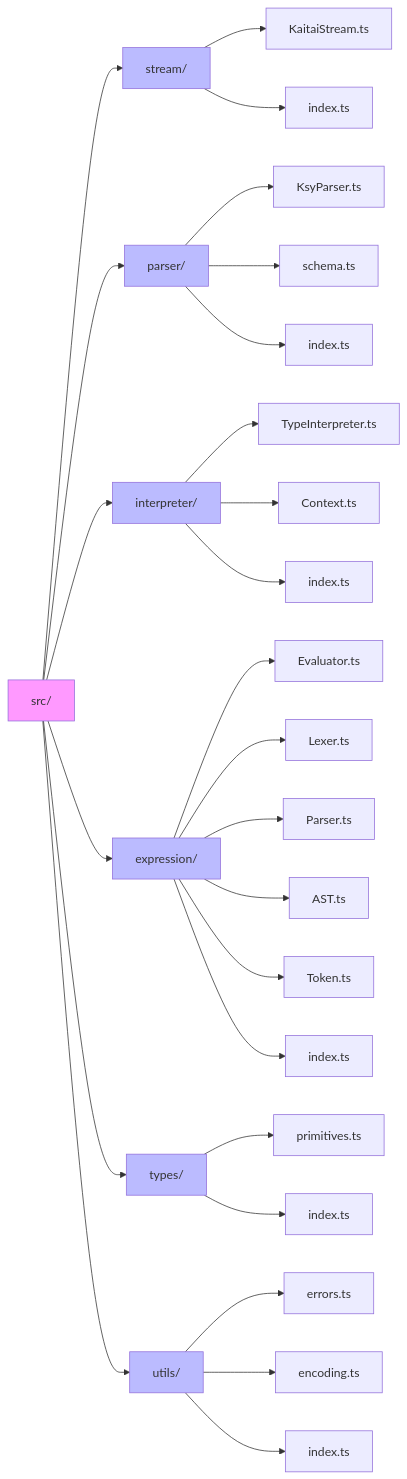
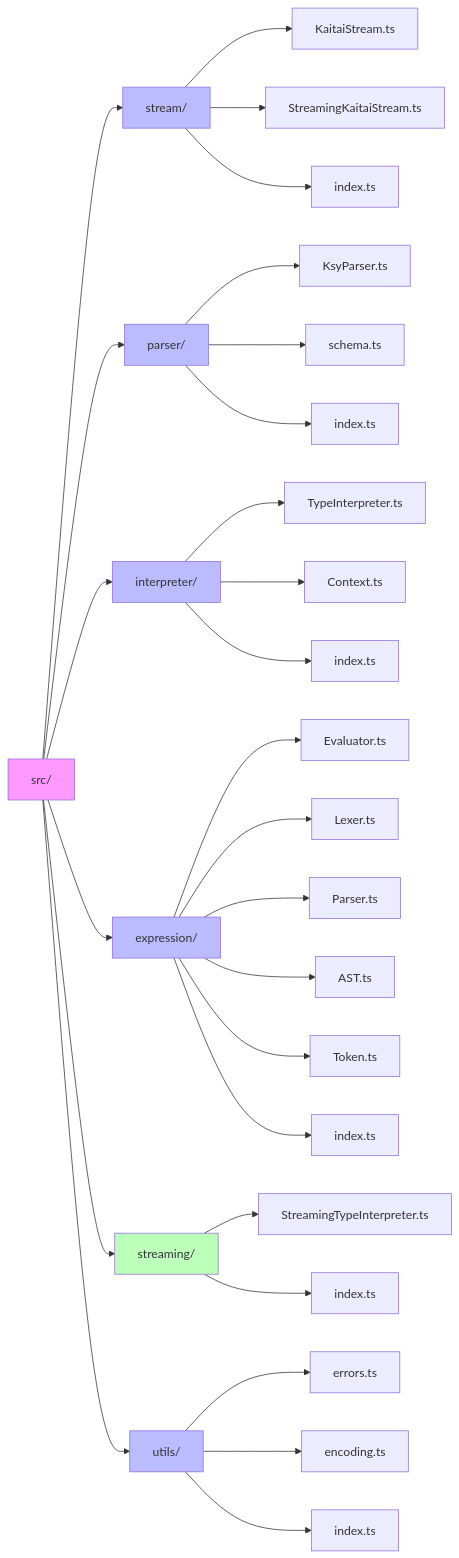
One commit to fabianopinto/kaitai-struct-ts changed the fifth of 11 diagrams in docs/ARCHITECTURE.md. Above: the diagram before and after it, drawn with Mermaid. The commit also changed other lines of this file and 5 other files, not shown here.

First line of the commit message:
docs: add comprehensive API documentation and update architecture diagrams

````diff
--- a/docs/ARCHITECTURE.md
+++ b/docs/ARCHITECTURE.md
@@ -138,42 +174,43 @@
 ```mermaid
 graph LR
     A[src/] --> B[stream/]
     A --> C[parser/]
     A --> D[interpreter/]
     A --> E[expression/]
-    A --> F[types/]
+    A --> F[streaming/]
     A --> G[utils/]
 
     B --> B1[KaitaiStream.ts]
-    B --> B2[index.ts]
+    B --> B2[StreamingKaitaiStream.ts]
+    B --> B3[index.ts]
 
     C --> C1[KsyParser.ts]
     C --> C2[schema.ts]
     C --> C3[index.ts]
 
     D --> D1[TypeInterpreter.ts]
     D --> D2[Context.ts]
     D --> D3[index.ts]
 
     E --> E1[Evaluator.ts]
     E --> E2[Lexer.ts]
     E --> E3[Parser.ts]
     E --> E4[AST.ts]
     E --> E5[Token.ts]
     E --> E6[index.ts]
 
-    F --> F1[primitives.ts]
+    F --> F1[StreamingTypeInterpreter.ts]
     F --> F2[index.ts]
 
     G --> G1[errors.ts]
     G --> G2[encoding.ts]
     G --> G3[index.ts]
 
     style A fill:#f9f
     style B fill:#bbf
     style C fill:#bbf
     style D fill:#bbf
     style E fill:#bbf
-    style F fill:#bbf
+    style F fill:#bfb
     style G fill:#bbf
 ```
````
